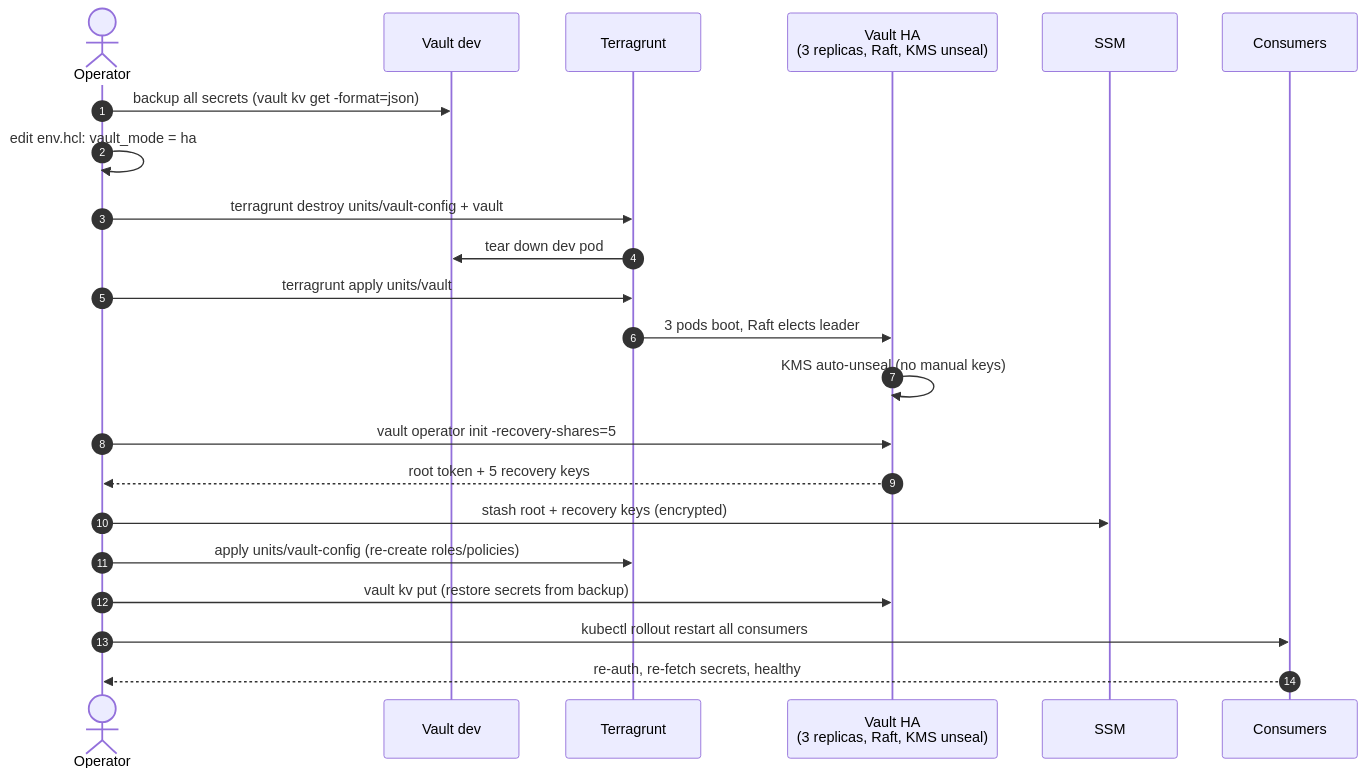
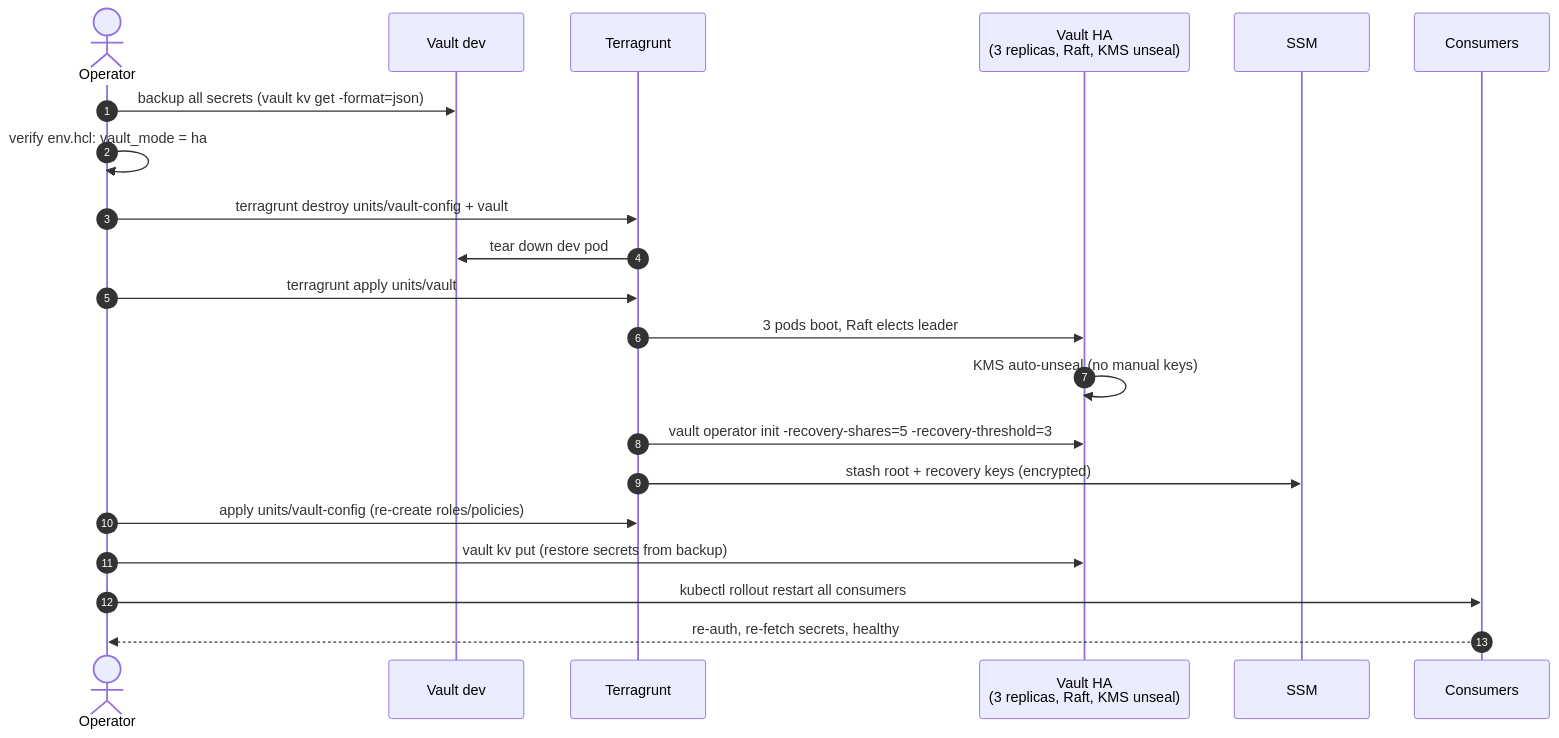
One commit to dungxtd/terragrunt-stacks changed diagram 14 of 21 in docs/PLATFORM_GUIDE.md. Above: the diagram before and after it, drawn with Mermaid. The commit also changed 18 other files, not shown here.

Commit message:
feat: update Vault configuration to support production mode with HA and KMS auto-unseal

````diff
--- a/docs/PLATFORM_GUIDE.md
+++ b/docs/PLATFORM_GUIDE.md
@@ -360,25 +360,24 @@
 ```mermaid
 sequenceDiagram
   autonumber
   actor Op as Operator
   participant V as Vault dev
   participant TG as Terragrunt
   participant V2 as Vault HA<br/>(3 replicas, Raft, KMS unseal)
   participant SSM
   participant Apps as Consumers
 
   Op->>V: backup all secrets (vault kv get -format=json)
-  Op->>Op: edit env.hcl: vault_mode = ha
+  Op->>Op: verify env.hcl: vault_mode = ha
   Op->>TG: terragrunt destroy units/vault-config + vault
   TG->>V: tear down dev pod
   Op->>TG: terragrunt apply units/vault
   TG->>V2: 3 pods boot, Raft elects leader
   V2->>V2: KMS auto-unseal (no manual keys)
-  Op->>V2: vault operator init -recovery-shares=5
-  V2-->>Op: root token + 5 recovery keys
-  Op->>SSM: stash root + recovery keys (encrypted)
+  TG->>V2: vault operator init -recovery-shares=5 -recovery-threshold=3
+  TG->>SSM: stash root + recovery keys (encrypted)
   Op->>TG: apply units/vault-config (re-create roles/policies)
   Op->>V2: vault kv put (restore secrets from backup)
   Op->>Apps: kubectl rollout restart all consumers
   Apps-->>Op: re-auth, re-fetch secrets, healthy
 ```
````
